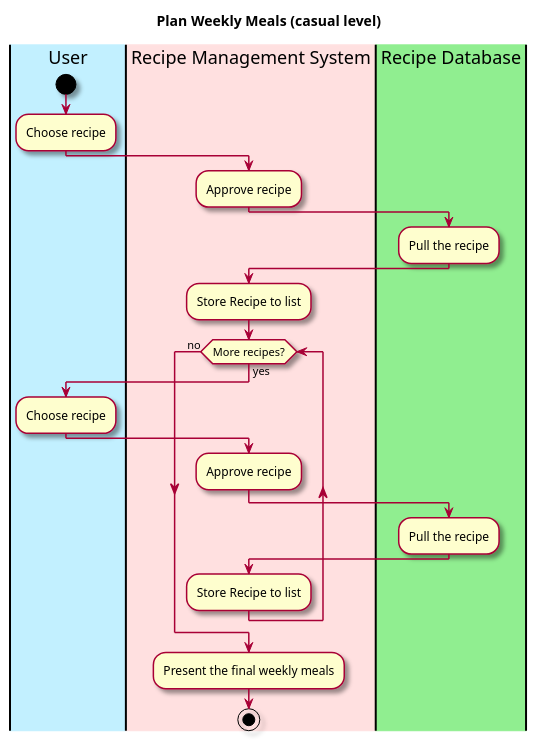
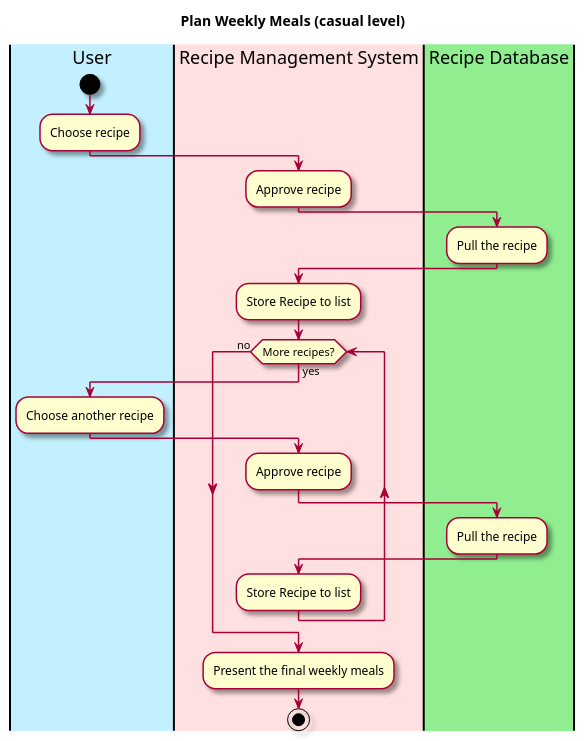
The diagram in intellij/doc/use-cases/plan_weekly_meals.md (berthashipper/Pantry-Pal-Android-Application), drawn with PlantUML before and after one commit. The commit also changed 4 other files, not shown here.

Commit message:
Improvements, modifications to use case diagrams

````diff
--- a/intellij/doc/use-cases/plan_weekly_meals.md
+++ b/intellij/doc/use-cases/plan_weekly_meals.md
@@ -30,40 +30,40 @@
 ```plantuml
 @startuml
 
 skin rose
 
 title Plan Weekly Meals (casual level)
 
 'define the lanes
 |#application|User|
 |#implementation|Recipe Management System|
 |#lightgreen|Recipe Database|
 
 |User|
 start
 :Choose recipe;
 
 |Recipe Management System|
 :Approve recipe;
 |Recipe Database|
 :Pull the recipe;
 |Recipe Management System|
 :Store Recipe to list;
 while (More recipes?) is (yes)
    |User|
-  :Choose recipe;
+  :Choose another recipe;
   |Recipe Management System|
 :Approve recipe;
 |Recipe Database|
 :Pull the recipe;
 |Recipe Management System|
 :Store Recipe to list;
 endwhile (no)
 
 |Recipe Management System|
 :Present the final weekly meals;
 
 stop
 @enduml
 
 ```
````
